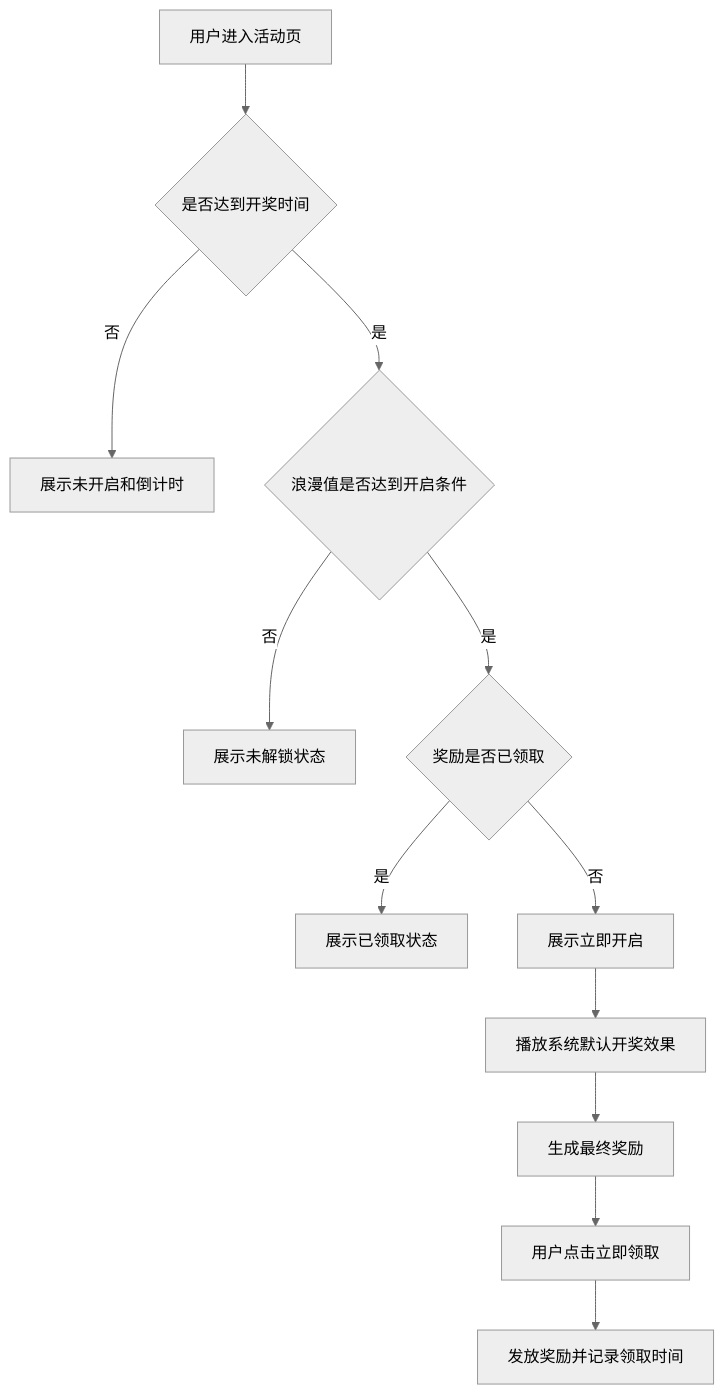
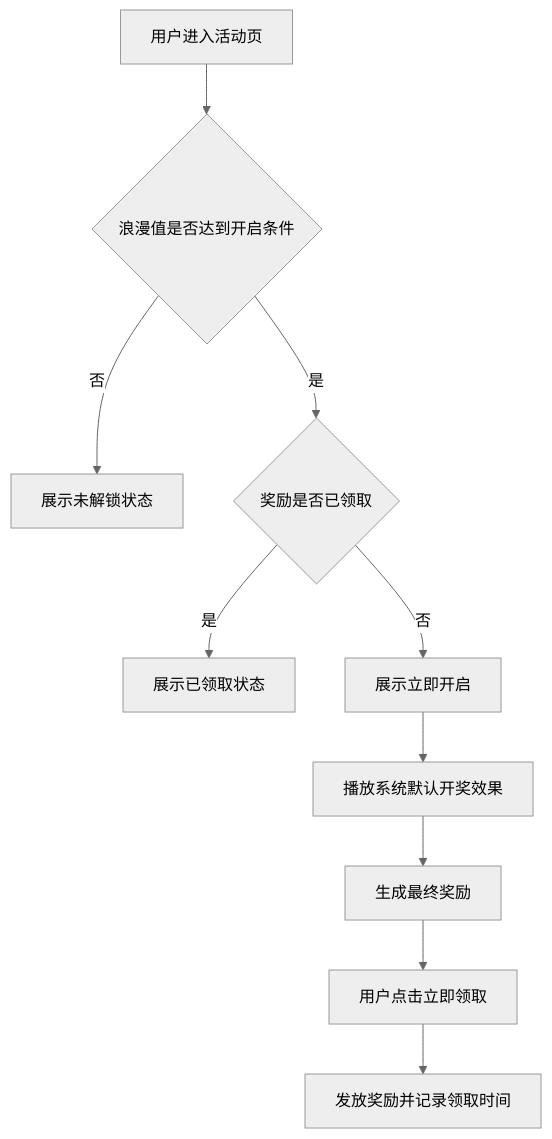
The fourth of 5 diagrams in PRD_qixi_galaxy_box_activity_2026-07-31.md (bala-luoluo/M3), drawn with Mermaid (neutral theme) before and after one commit. The commit also changed other lines of this file and 1 other file, not shown here.

````diff
--- a/PRD_qixi_galaxy_box_activity_2026-07-31.md
+++ b/PRD_qixi_galaxy_box_activity_2026-07-31.md
@@ -212,14 +201,12 @@
 ```mermaid
 flowchart TD
-    A[用户进入活动页] --> B{是否达到开奖时间}
-    B -->|否| C[展示未开启和倒计时]
-    B -->|是| D{浪漫值是否达到开启条件}
+    A[用户进入活动页] --> D{浪漫值是否达到开启条件}
     D -->|否| E[展示未解锁状态]
     D -->|是| F{奖励是否已领取}
     F -->|是| G[展示已领取状态]
     F -->|否| H[展示立即开启]
     H --> I[播放系统默认开奖效果]
     I --> L[生成最终奖励]
     L --> M[用户点击立即领取]
     M --> P[发放奖励并记录领取时间]
 ```
````
